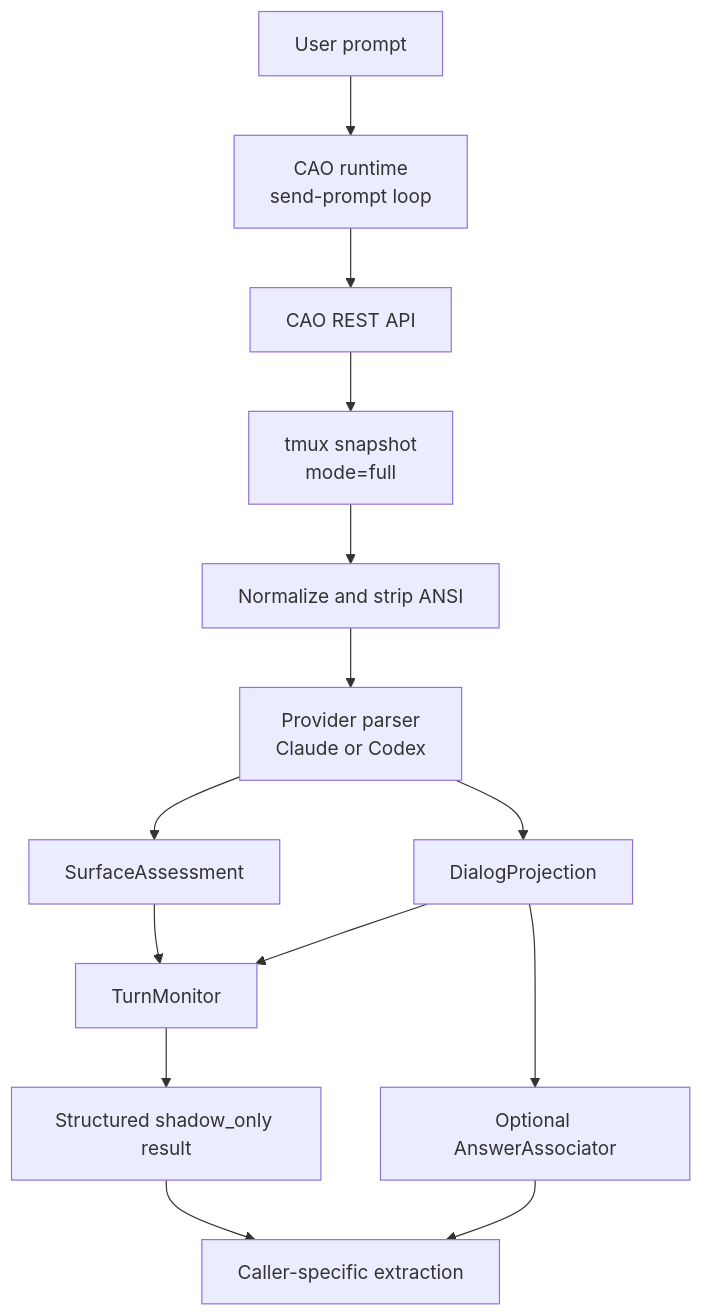
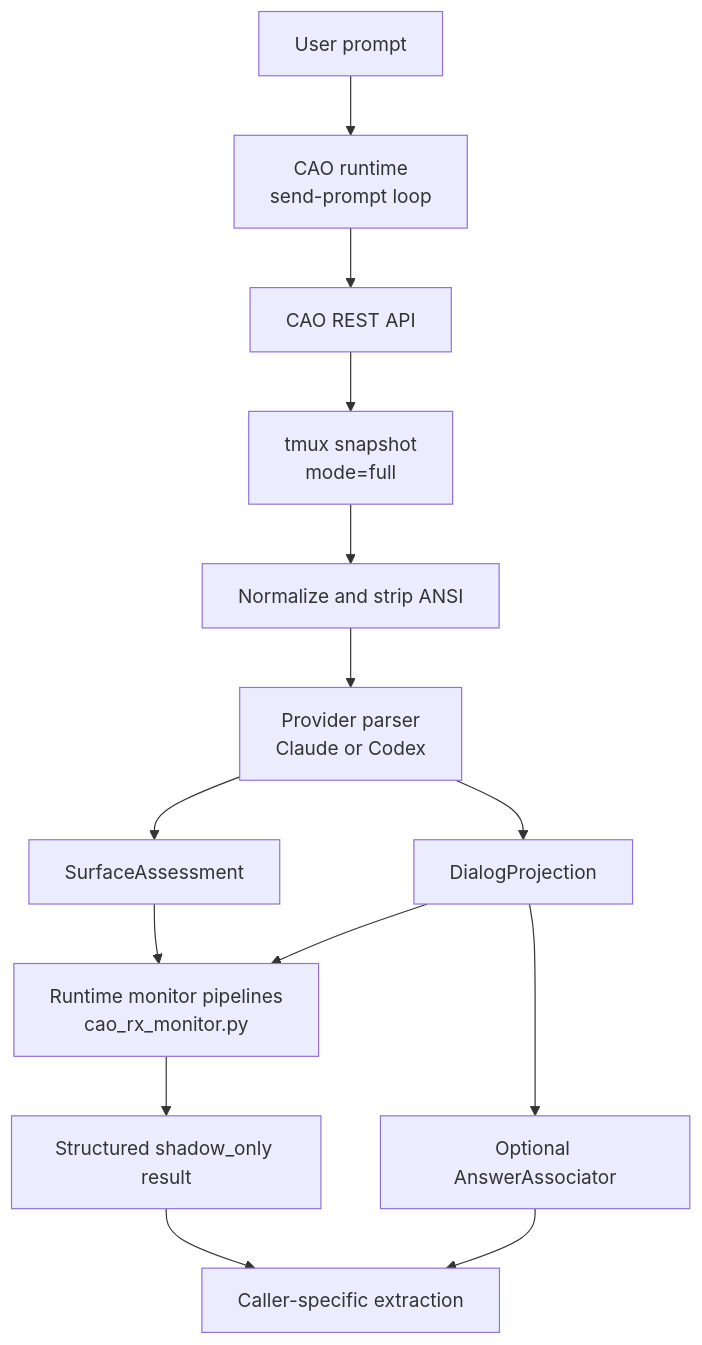
Before and after one commit to igamenovoer/houmao: the diagram in docs/developer/tui-parsing/architecture.md, drawn with Mermaid. The commit also changed other lines of this file and 11 other files, not shown here.

````diff
--- a/docs/developer/tui-parsing/architecture.md
+++ b/docs/developer/tui-parsing/architecture.md
@@ -22,16 +22,16 @@
 ```mermaid
 flowchart TD
     U[User prompt] --> RT[CAO runtime<br/>send-prompt loop]
     RT --> CAO[CAO REST API]
     CAO --> TMUX[tmux snapshot<br/>mode=full]
     TMUX --> N[Normalize and strip ANSI]
     N --> PP[Provider parser<br/>Claude or Codex]
     PP --> SA[SurfaceAssessment]
     PP --> DP[DialogProjection]
-    SA --> TM[TurnMonitor]
-    DP --> TM
+    SA --> RM[Runtime monitor pipelines<br/>cao_rx_monitor.py]
+    DP --> RM
     DP --> AA[Optional AnswerAssociator]
-    TM --> RES[Structured shadow_only result]
+    RM --> RES[Structured shadow_only result]
     AA --> CALLER[Caller-specific extraction]
     RES --> CALLER
 ```
````
